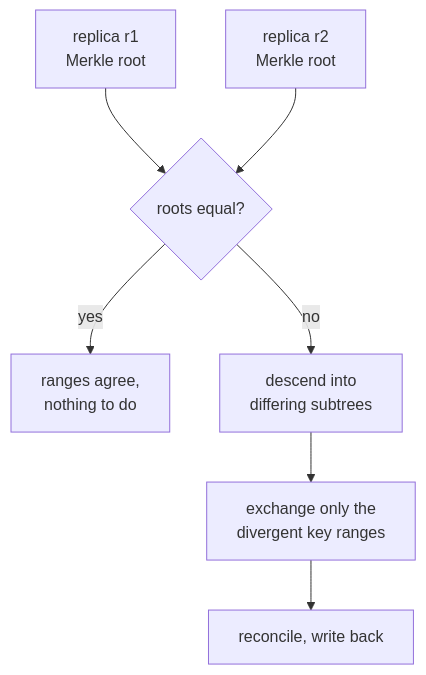
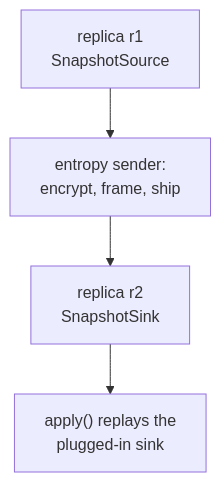
The fourth of 5 diagrams in docs/book/src/architecture/failure.md (gburd/dynomite), drawn with Mermaid before and after one commit. The commit also changed other lines of this file and 11 other files, not shown here.

````diff
--- a/docs/book/src/architecture/failure.md
+++ b/docs/book/src/architecture/failure.md
@@ -221,9 +238,6 @@
 ```mermaid
 flowchart TD
-  R1["replica r1<br/>Merkle root"] --> CMP{"roots equal?"}
-  R2["replica r2<br/>Merkle root"] --> CMP
-  CMP -->|yes| DONE["ranges agree,<br/>nothing to do"]
-  CMP -->|no| DESC["descend into<br/>differing subtrees"]
-  DESC --> EX["exchange only the<br/>divergent key ranges"]
-  EX --> REC["reconcile, write back"]
+  R1["replica r1<br/>SnapshotSource"] --> SEND["entropy sender:<br/>encrypt, frame, ship"]
+  SEND --> R2["replica r2<br/>SnapshotSink"]
+  R2 --> APPLY["apply() replays the<br/>plugged-in sink"]
 ```
````
